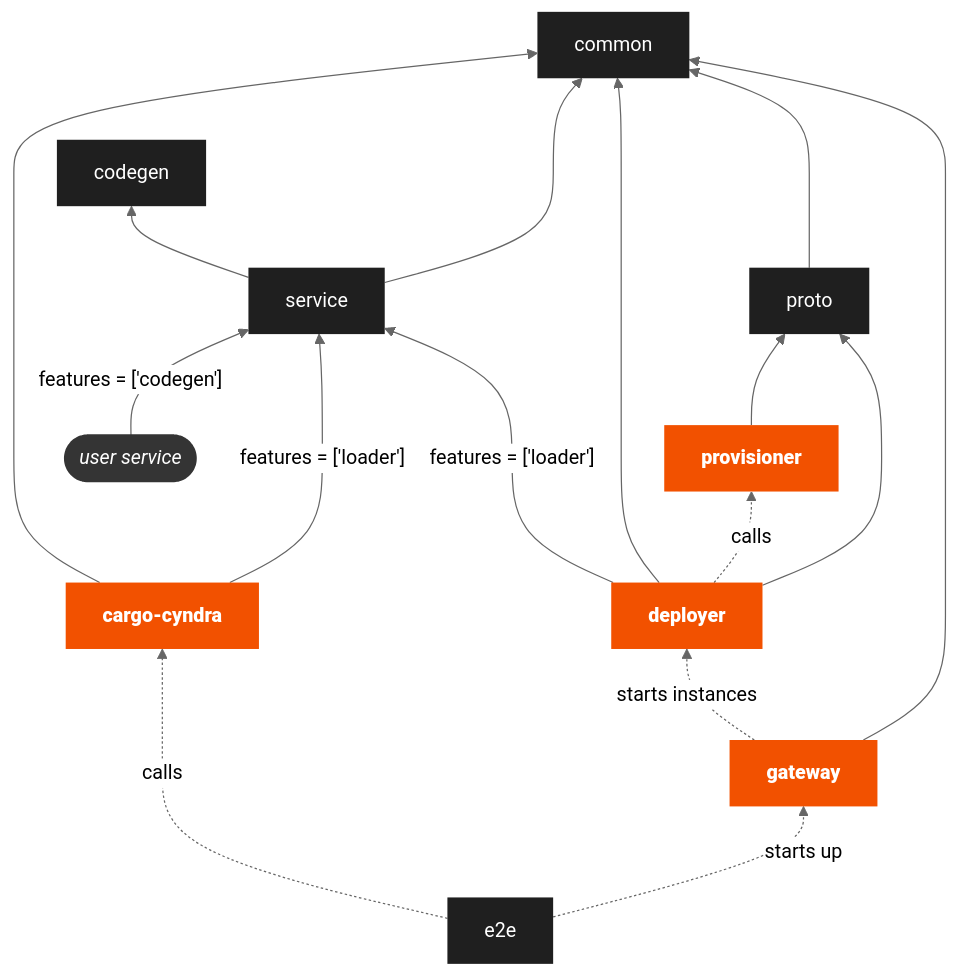
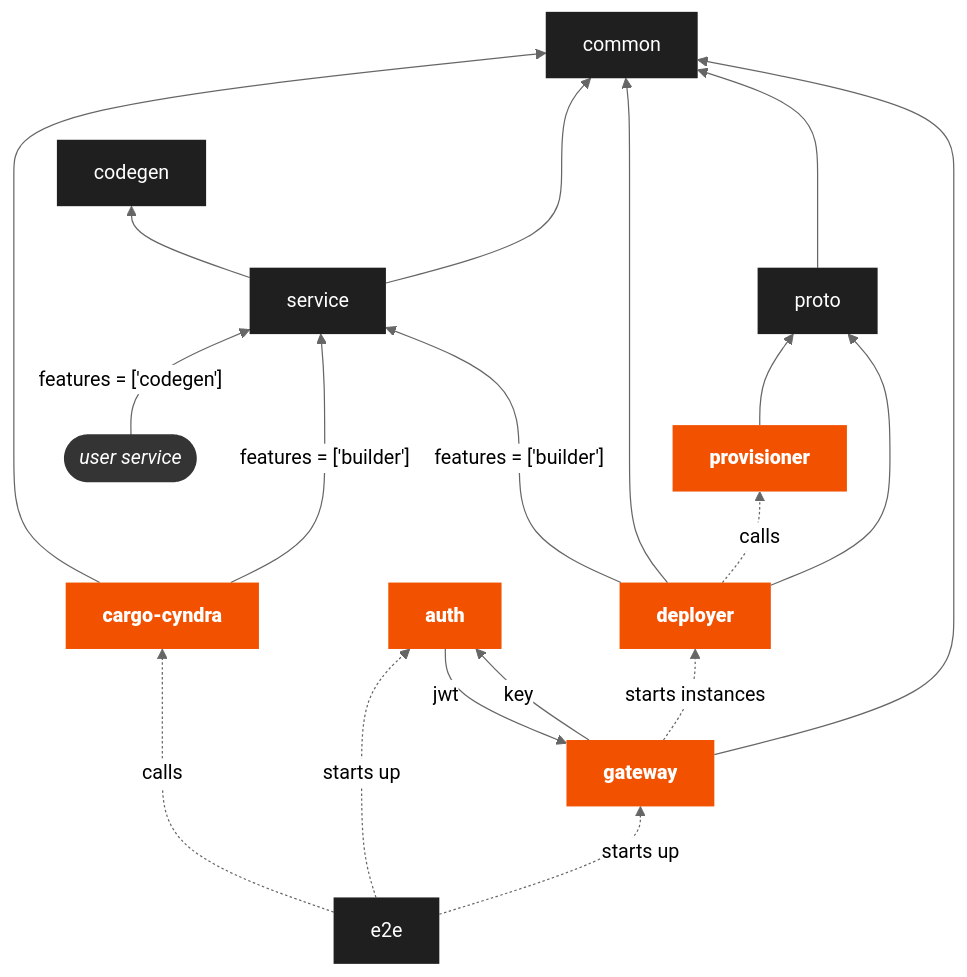
One commit to Cyndra-project/cyndra changed the diagram in CONTRIBUTING.md. Above: the diagram before and after it, drawn with Mermaid (neutral theme). The commit also changed other lines of this file and 1 other file, not shown here.

````diff
--- a/CONTRIBUTING.md
+++ b/CONTRIBUTING.md
@@ -216,32 +216,36 @@
 ```mermaid
 graph BT
     classDef default fill:#1f1f1f,stroke-width:0,color:white;
     classDef binary fill:#f25100,font-weight:bolder,stroke-width:0,color:white;
     classDef external fill:#343434,font-style:italic,stroke:#f25100,color:white;
 
     deployer:::binary
     cargo-cyndra:::binary
     common
     codegen
     e2e
     proto
     provisioner:::binary
     service
     gateway:::binary
+    auth:::binary
     user([user service]):::external
     gateway --> common
     gateway -.->|starts instances| deployer
+    gateway -->|key| auth
+    auth -->|jwt| gateway
     deployer --> proto
     deployer -.->|calls| provisioner
     service ---> common
     deployer --> common
-    cargo-cyndra --->|"features = ['loader']"| service
-    deployer -->|"features = ['loader']"| service
+    cargo-cyndra --->|"features = ['builder']"| service
+    deployer -->|"features = ['builder']"| service
     cargo-cyndra --> common
     service --> codegen
     proto ---> common
     provisioner --> proto
     e2e -.->|starts up| gateway
+    e2e -.->|starts up| auth
     e2e -.->|calls| cargo-cyndra
     user -->|"features = ['codegen']"| service
 ```
````
